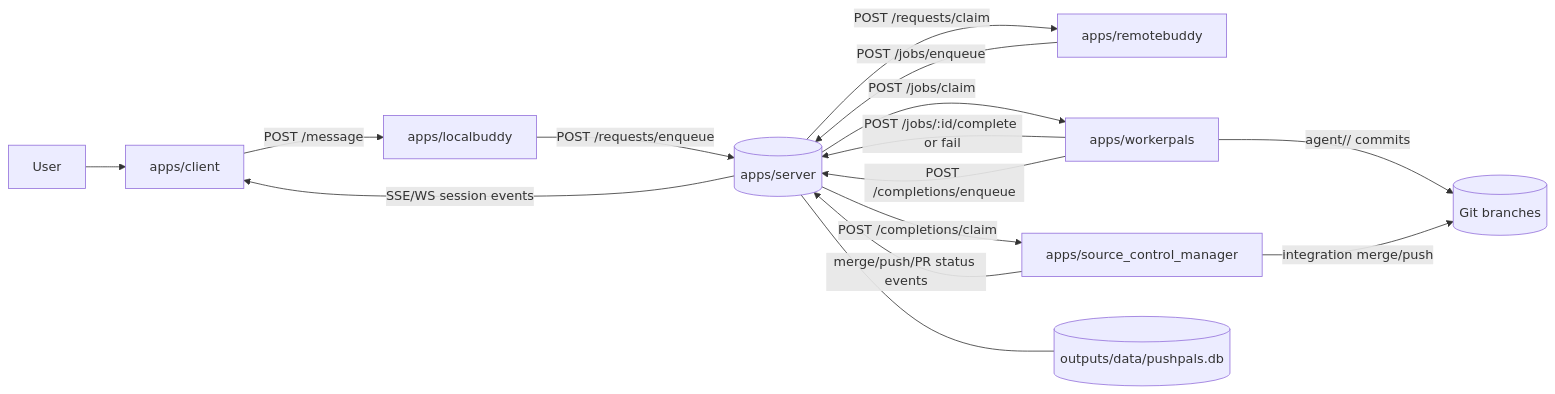
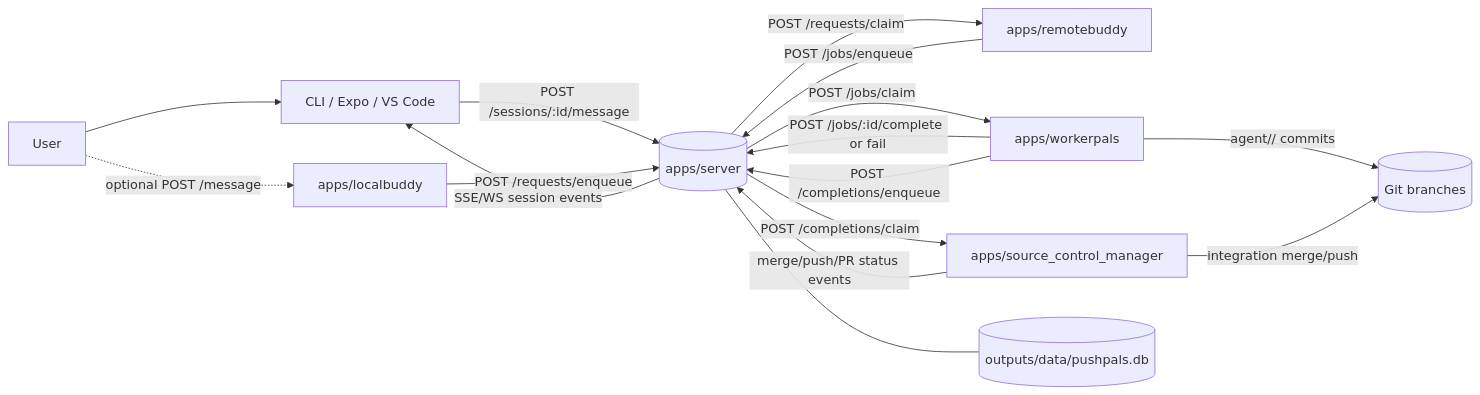
Before and after one commit to PushPalsDev/pushpals: the diagram in README.md, drawn with Mermaid. The commit also changed other lines of this file and 13 other files, not shown here.

Commit message:
docs(architecture): clarify component contracts

````diff
--- a/README.md
+++ b/README.md
@@ -22,20 +22,21 @@
 ```mermaid
 flowchart LR
-  U[User] --> C[apps/client]
-  C -->|POST /message| L[apps/localbuddy]
-  L -->|POST /requests/enqueue| S[(apps/server)]
+  U[User] --> C[CLI / Expo / VS Code]
+  C -->|POST /sessions/:id/message| S[(apps/server)]
   S -->|SSE/WS session events| C
+  U -. optional POST /message .-> L[apps/localbuddy]
+  L -->|POST /requests/enqueue| S
 
   S -->|POST /requests/claim| R[apps/remotebuddy]
   R -->|POST /jobs/enqueue| S
   S -->|POST /jobs/claim| W[apps/workerpals]
   W -->|POST /jobs/:id/complete or fail| S
   W -->|POST /completions/enqueue| S
 
   S -->|POST /completions/claim| M[apps/source_control_manager]
   M -->|merge/push/PR status events| S
 
   S --- DB[(outputs/data/pushpals.db)]
   W -->|agent/<worker>/<job> commits| G[(Git branches)]
   M -->|integration merge/push| G
 ```
````
